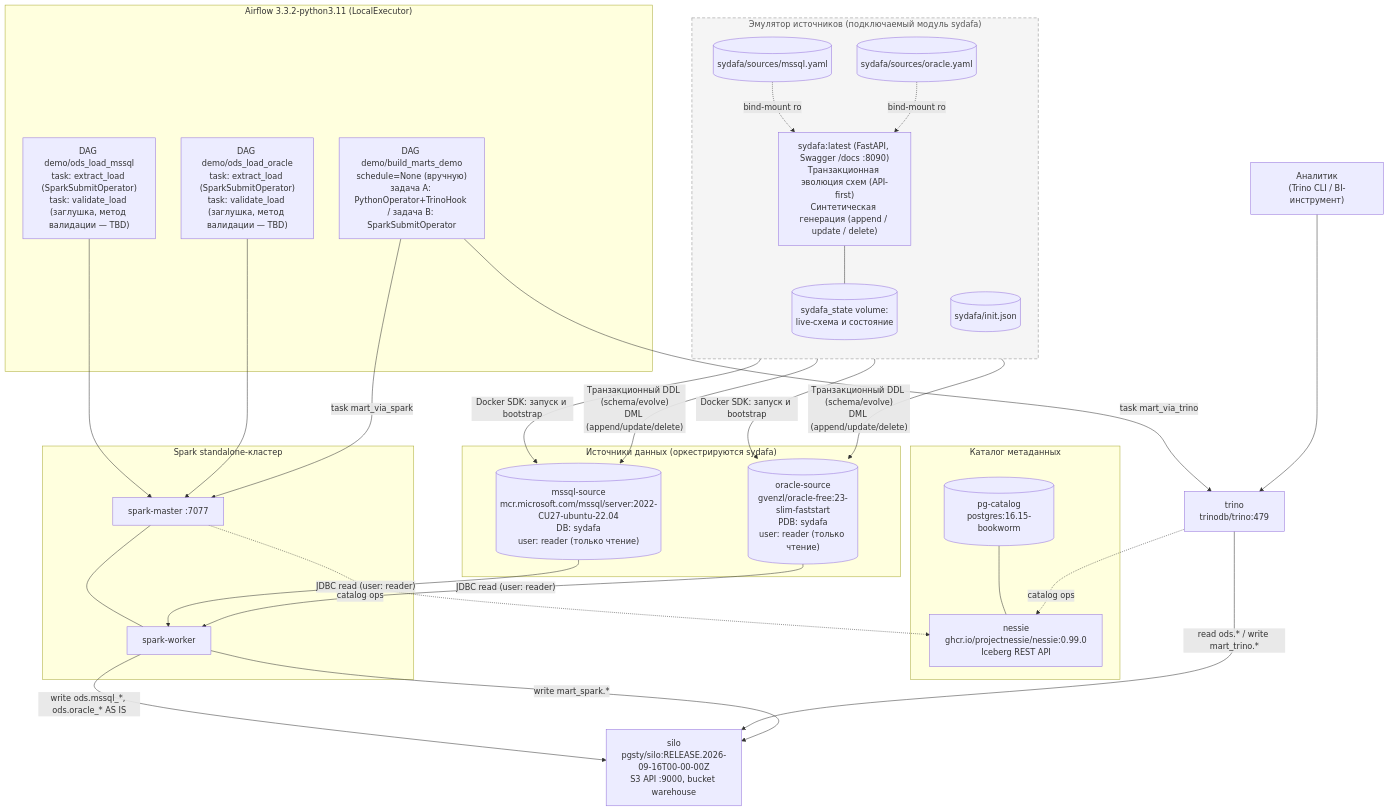
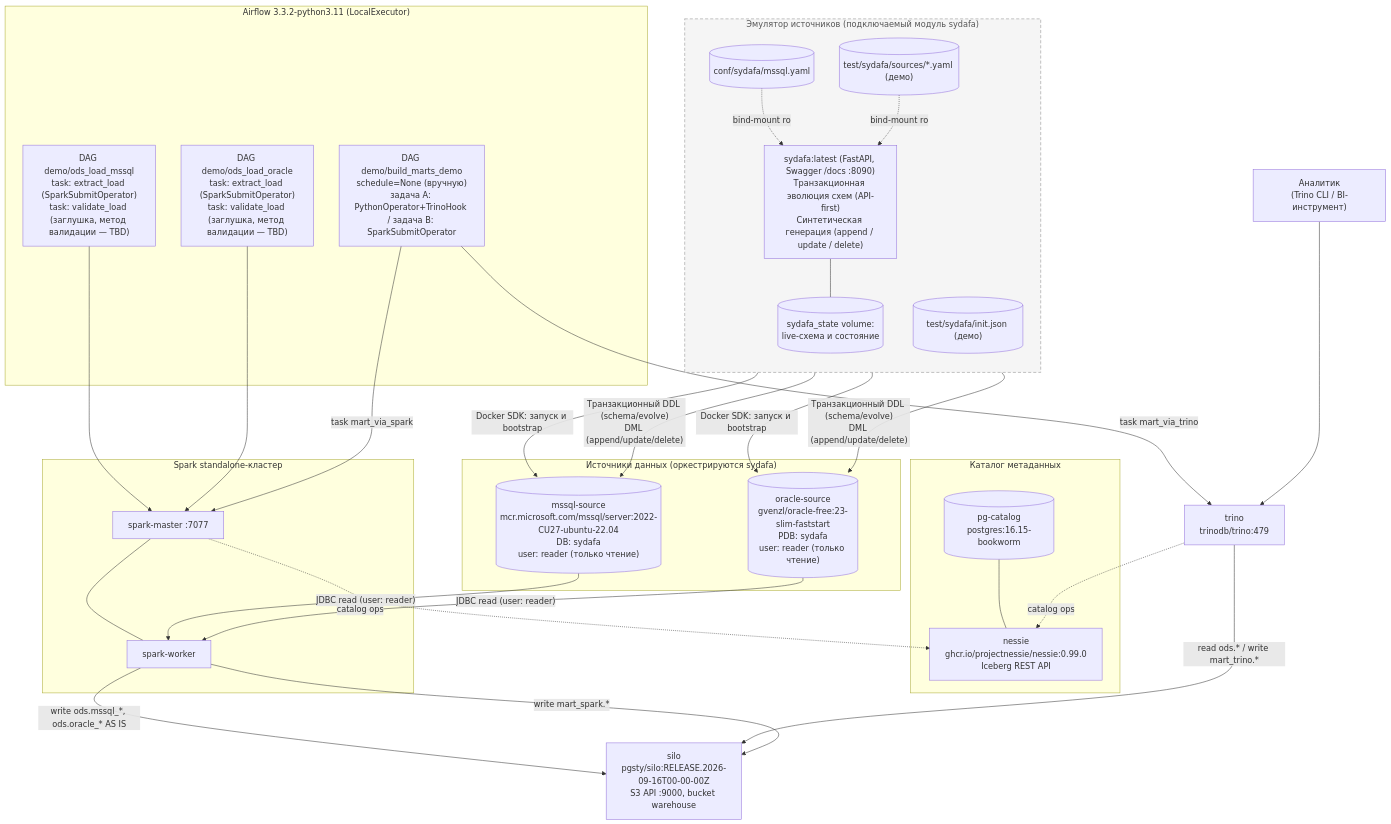
One commit to georgekochergin/datalake_stand changed the diagram in README.md. Above: the diagram before and after it, drawn with Mermaid. The commit also changed other lines of this file and 30 other files, not shown here.

First line of the commit message:
refactor: split conf/test layout; consume sydafa lifecycle

````diff
--- a/README.md
+++ b/README.md
@@ -9,65 +26,65 @@
 ```mermaid
 flowchart TB
     ANALYST["Аналитик\n(Trino CLI / BI-инструмент)"]
 
     subgraph Sources["Источники данных (оркестрируются sydafa)"]
         MSSQL[("mssql-source\nmcr.microsoft.com/mssql/server:2022-CU27-ubuntu-22.04\nDB: sydafa\nuser: reader (только чтение)")]
         ORA[("oracle-source\ngvenzl/oracle-free:23-slim-faststart\nPDB: sydafa\nuser: reader (только чтение)")]
     end
 
     subgraph SydafaService["Эмулятор источников (подключаемый модуль sydafa)"]
         direction TB
-        CFG1[("sydafa/sources/mssql.yaml")]
-        CFG2[("sydafa/sources/oracle.yaml")]
-        INIT[("sydafa/init.json")]
+        CFG1[("conf/sydafa/mssql.yaml")]
+        CFG2[("test/sydafa/sources/*.yaml (демо)")]
+        INIT[("test/sydafa/init.json (демо)")]
         API["sydafa:latest (FastAPI, Swagger /docs :8090)\nТранзакционная эволюция схем (API-first)\nСинтетическая генерация (append / update / delete)"]
         STATE[("sydafa_state volume:\nlive-схема и состояние")]
         CFG1 -. "bind-mount ro" .-> API
         CFG2 -. "bind-mount ro" .-> API
         API --- STATE
     end
 
     subgraph Catalog["Каталог метаданных"]
         PGC[("pg-catalog\npostgres:16.15-bookworm")]
         NESSIE["nessie\nghcr.io/projectnessie/nessie:0.99.0\nIceberg REST API"]
         PGC --- NESSIE
     end
 
     SILO["silo\npgsty/silo:RELEASE.2026-09-16T00-00-00Z\nS3 API :9000, bucket warehouse"]
 
     subgraph SparkCluster["Spark standalone-кластер"]
         SM["spark-master :7077"]
         SW["spark-worker"]
         SM --- SW
     end
 
     TRINO["trino\ntrinodb/trino:479"]
 
     subgraph Orchestration["Airflow 3.3.2-python3.11 (LocalExecutor)"]
         D1["DAG demo/ods_load_mssql\ntask: extract_load (SparkSubmitOperator)\ntask: validate_load (заглушка, метод валидации — TBD)"]
         D2["DAG demo/ods_load_oracle\ntask: extract_load (SparkSubmitOperator)\ntask: validate_load (заглушка, метод валидации — TBD)"]
         D3["DAG demo/build_marts_demo\nschedule=None (вручную)\nзадача A: PythonOperator+TrinoHook / задача B: SparkSubmitOperator"]
     end
 
     API -- "Docker SDK: запуск и bootstrap" --> MSSQL
     API -- "Docker SDK: запуск и bootstrap" --> ORA
     API -- "Транзакционный DDL (schema/evolve)\nDML (append/update/delete)" --> MSSQL
     API -- "Транзакционный DDL (schema/evolve)\nDML (append/update/delete)" --> ORA
 
     D1 --> SM
     D2 --> SM
     MSSQL -- "JDBC read (user: reader)" --> SW
     ORA -- "JDBC read (user: reader)" --> SW
     SW -- "write ods.mssql_*, ods.oracle_* AS IS" --> SILO
     SM -. "catalog ops" .-> NESSIE
 
     D3 -- "task mart_via_trino" --> TRINO
     D3 -- "task mart_via_spark" --> SM
     TRINO -. "catalog ops" .-> NESSIE
     TRINO -- "read ods.* / write mart_trino.*" --> SILO
     SW -- "write mart_spark.*" --> SILO
 
     ANALYST --> TRINO
 
     style SydafaService stroke-dasharray: 6 4,stroke:#888,fill:#f5f5f5,color:#555
 ```
````
